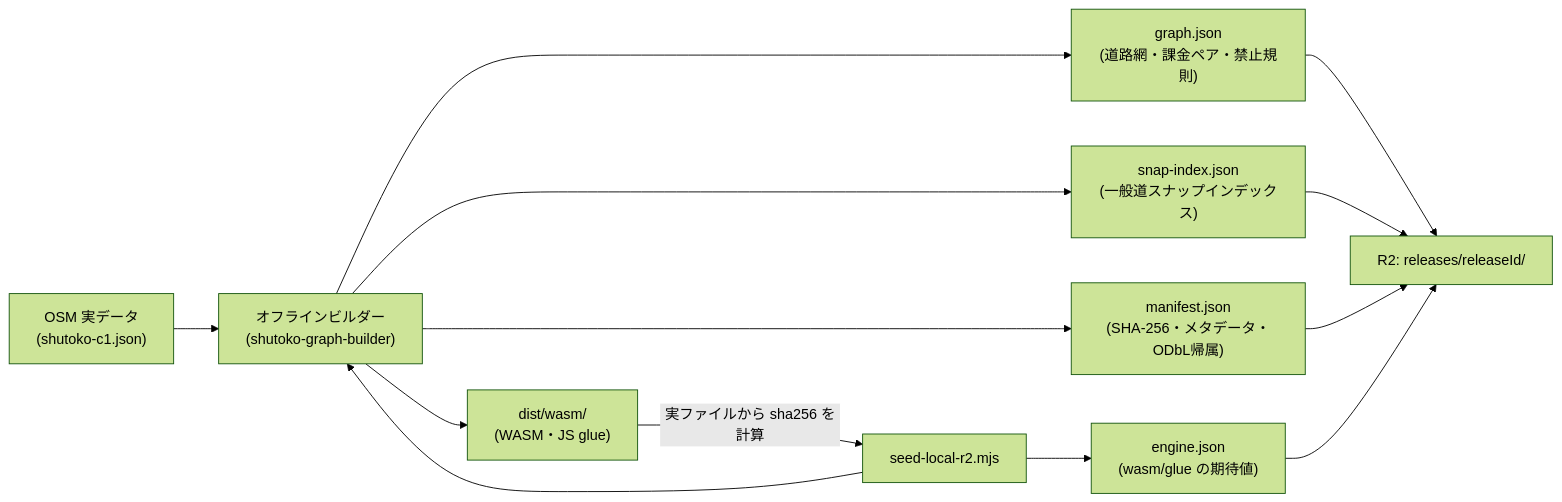
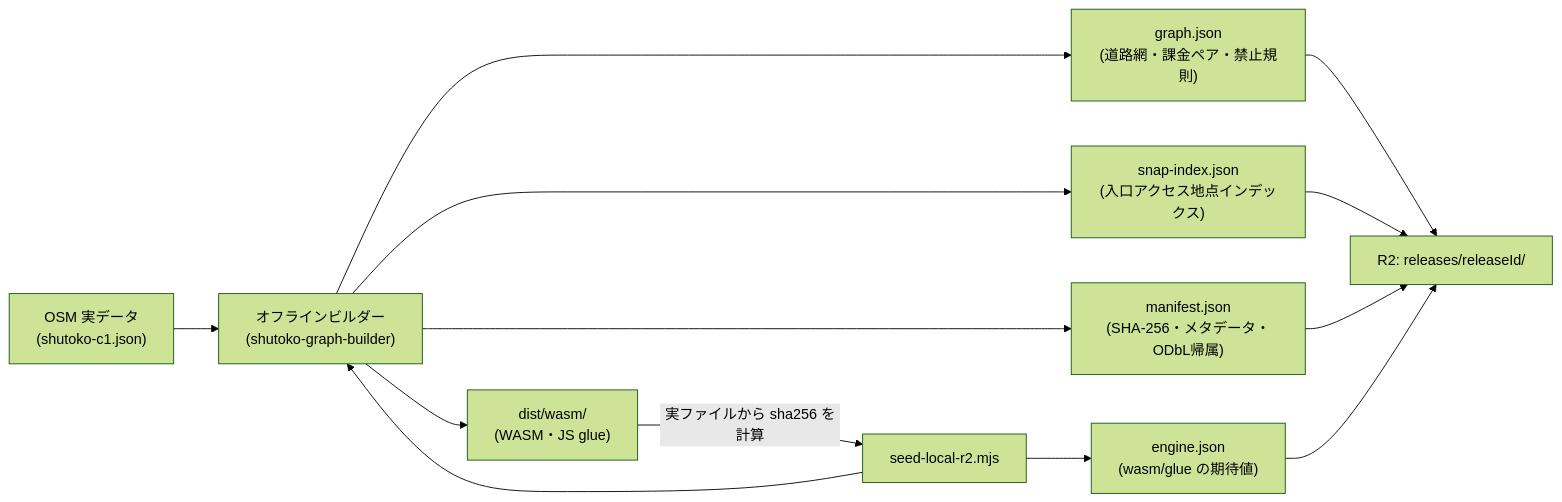
Before and after one commit to japan4415/shutoko-sim: the second of 2 diagrams in docs/architecture.md, drawn with Mermaid (forest theme). The commit also changed other lines of this file and 5 other files, not shown here.

First line of the commit message:
docs: 一般道除外・概算アクセス時間・snap-index v2 の仕様転換を反映

````diff
--- a/docs/architecture.md
+++ b/docs/architecture.md
@@ -32,15 +32,15 @@
 ```mermaid
 flowchart LR
   OSM["OSM 実データ<br/>(shutoko-c1.json)"] --> GB["オフラインビルダー<br/>(shutoko-graph-builder)"]
   SEED["宣言的課金シード<br/>(billing-pairs-seed.json)"] --> GB
   GB --> G["graph.json<br/>(道路網・課金ペア・禁止規則)"]
-  GB --> S["snap-index.json<br/>(一般道スナップインデックス)"]
+  GB --> S["snap-index.json<br/>(入口アクセス地点インデックス)"]
   GB --> M["manifest.json<br/>(SHA-256・メタデータ・ODbL帰属)"]
   GB --> W["dist/wasm/<br/>(WASM・JS glue)"]
   G --> R2["R2: releases/releaseId/"]
   S --> R2
   M --> R2
   W -->|"実ファイルから sha256 を計算"| SEED["seed-local-r2.mjs"]
   SEED --> E["engine.json<br/>(wasm/glue の期待値)"]
   E --> R2
 ```
````
